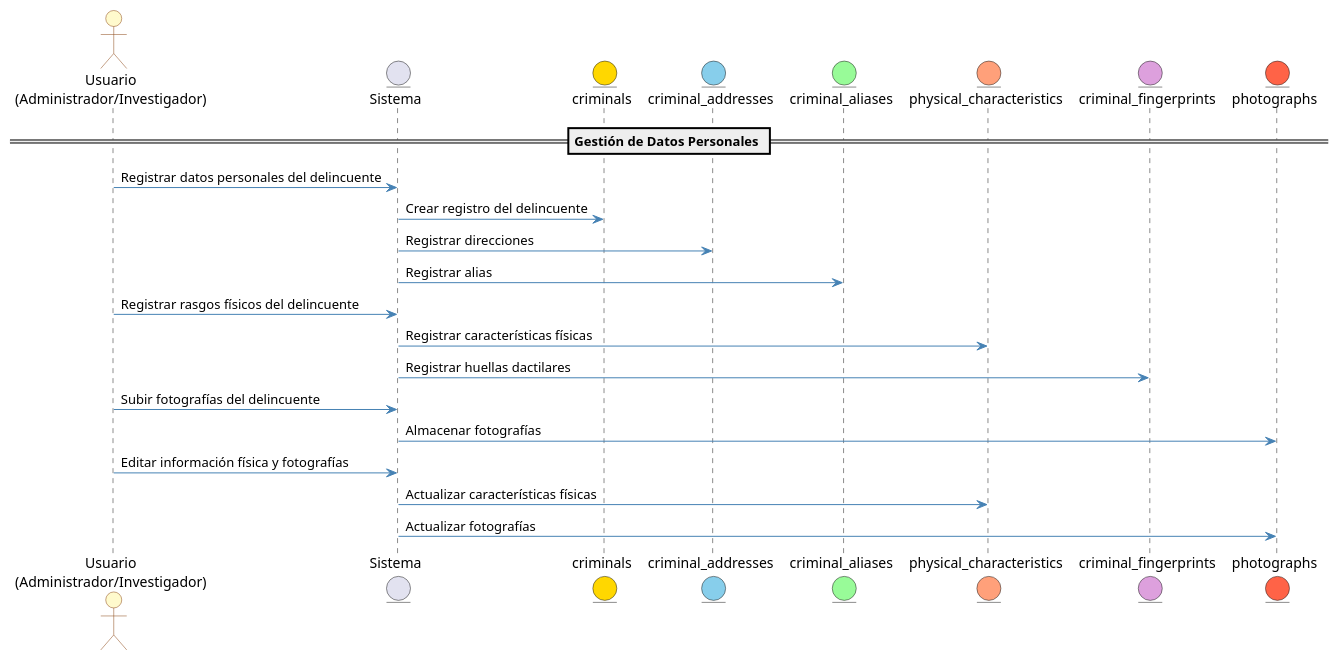
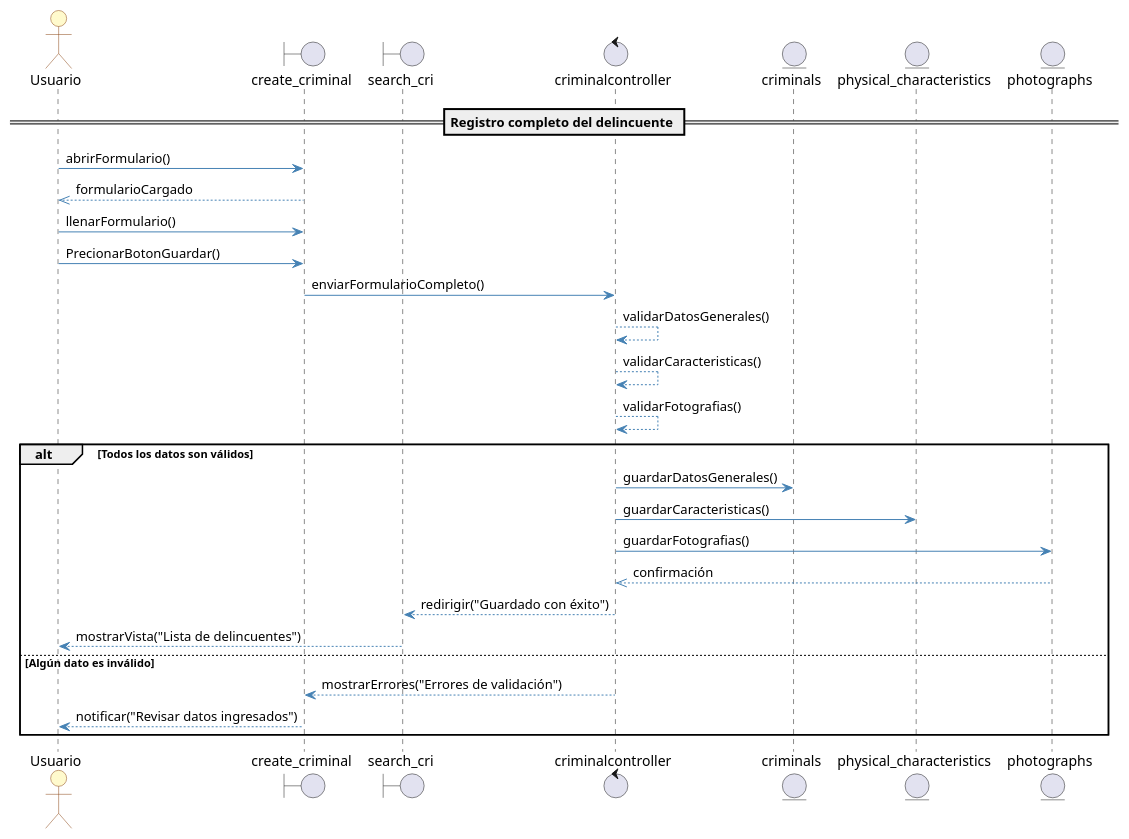
Before and after one commit to LeoanrdoHD/crimanager2: the diagram in diagramas/SECUENCIA/registrar 1.puml, drawn with PlantUML. The commit also changed 217 other files, not shown here.

```diff
--- a/diagramas/SECUENCIA/registrar 1.puml
+++ b/diagramas/SECUENCIA/registrar 1.puml
@@ -1,35 +1,55 @@
 @startuml
-' Definición de colores y estilos
+' Estilo visual y colores
 skinparam sequenceArrowColor #4682B4
 skinparam actorBorderColor #8B4513
 skinparam actorBackgroundColor #FFFACD
 skinparam participantBorderColor #4682B4
 skinparam participantBackgroundColor #E6E6FA
 
-actor "Usuario\n(Administrador/Investigador)" as User
-entity "Sistema" as System
-entity "criminals" as Criminals #FFD700
-entity "criminal_addresses" as CriminalAddresses #87CEEB
-entity "criminal_aliases" as CriminalAliases #98FB98
-entity "physical_characteristics" as PhysicalCharacteristics #FFA07A
-entity "criminal_fingerprints" as CriminalFingerprints #DDA0DD
-entity "photographs" as Photographs #FF6347
+actor "Usuario" as User
 
-== Gestión de Datos Personales ==
-User -> System : Registrar datos personales del delincuente
-System -> Criminals : Crear registro del delincuente
-System -> CriminalAddresses : Registrar direcciones
-System -> CriminalAliases : Registrar alias
+boundary "create_criminal" as CreateView
+boundary "search_cri" as SearchView
+control "criminalcontroller" as Controller
+entity "criminals" as CriminalsDB
+entity "physical_characteristics" as CharacteristicsDB
+entity "photographs" as PhotographsDB
 
-User -> System : Registrar rasgos físicos del delincuente
-System -> PhysicalCharacteristics : Registrar características físicas
-System -> CriminalFingerprints : Registrar huellas dactilares
+== Registro completo del delincuente ==
 
-User -> System : Subir fotografías del delincuente
-System -> Photographs : Almacenar fotografías
+User -> CreateView : abrirFormulario()
+CreateView -->> User : formularioCargado
 
-User -> System : Editar información física y fotografías
-System -> PhysicalCharacteristics : Actualizar características físicas
-System -> Photographs : Actualizar fotografías
+User -> CreateView : llenarFormulario()
+User -> CreateView : PrecionarBotonGuardar()
+
+CreateView -> Controller : enviarFormularioCompleto()
+
+Controller --> Controller : validarDatosGenerales()
+
+Controller --> Controller : validarCaracteristicas()
+
+Controller --> Controller : validarFotografias()
+
+
+alt Todos los datos son válidos
+    Controller -> CriminalsDB : guardarDatosGenerales()
+    
+
+    Controller -> CharacteristicsDB : guardarCaracteristicas()
+  
+    Controller -> PhotographsDB : guardarFotografias()
+    PhotographsDB -->> Controller : confirmación
+
+    Controller --> SearchView : redirigir("Guardado con éxito")
+
+    SearchView --> User : mostrarVista("Lista de delincuentes")
+ 
+else Algún dato es inválido
+    Controller ---> CreateView : mostrarErrores("Errores de validación")
+
+    CreateView --> User : notificar("Revisar datos ingresados")
+   
+end
 
 @enduml
```
